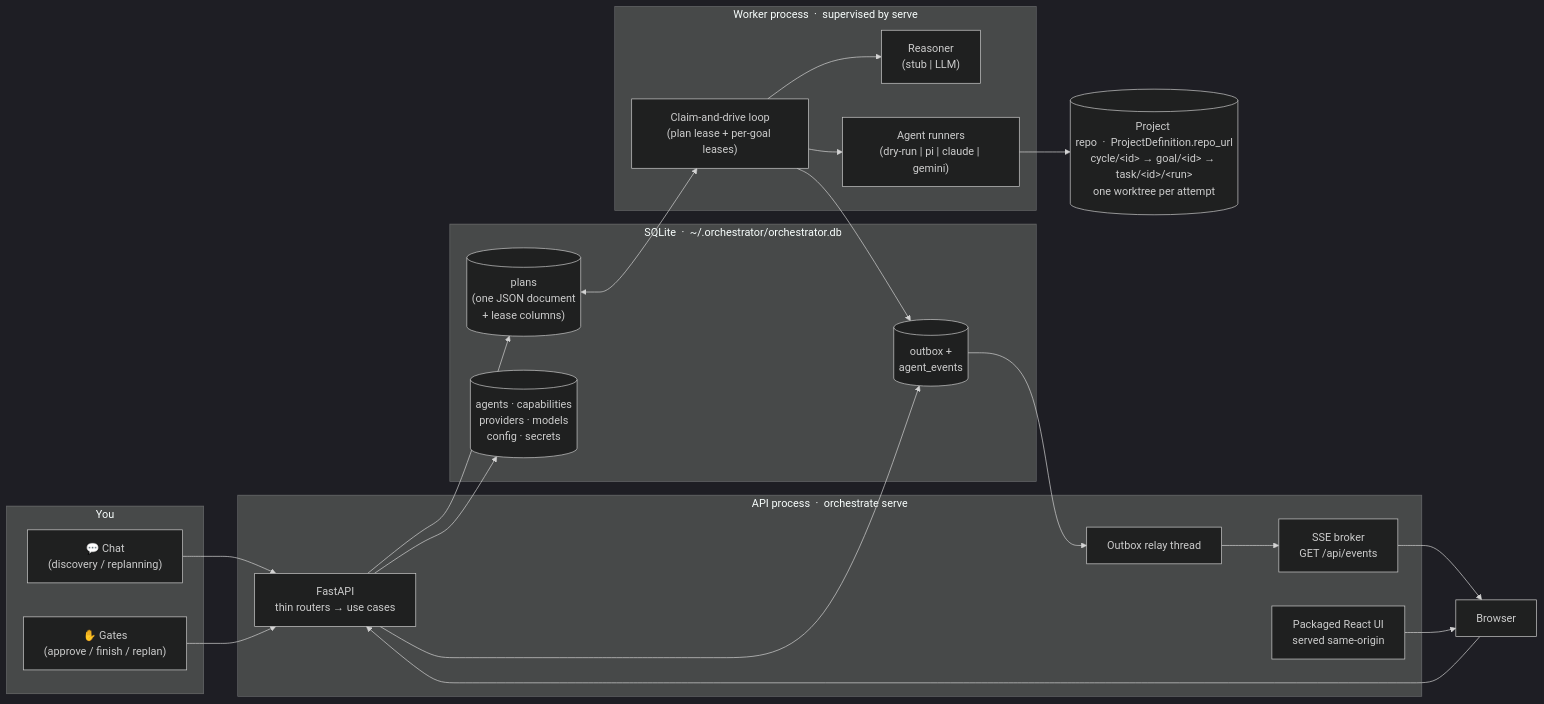
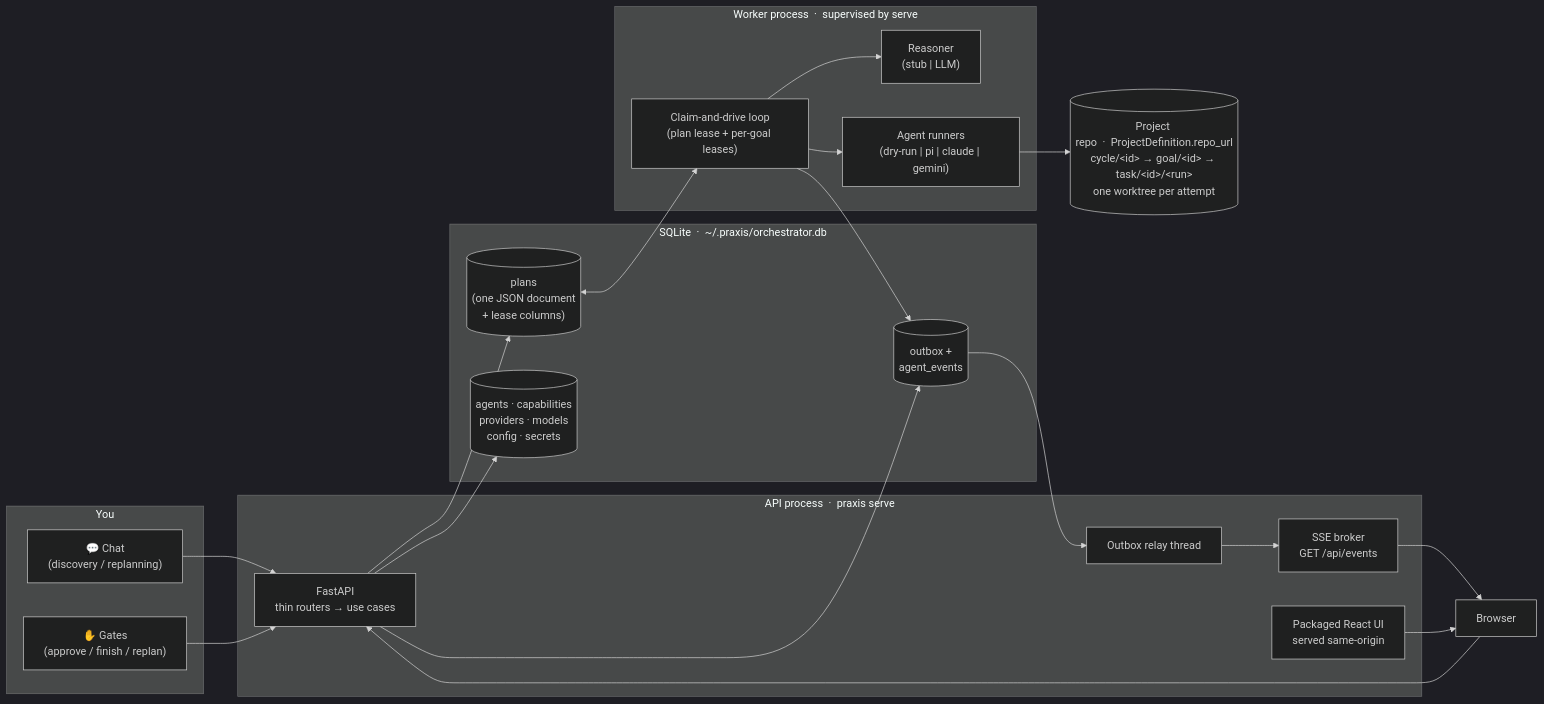
One commit to guilhermeUpToTask/agent-orchestrator-prototype changed the first of 2 diagrams in README.md. Above: the diagram before and after it, drawn with Mermaid (dark theme). The commit also changed other lines of this file and 730 other files, not shown here.

````diff
--- a/README.md
+++ b/README.md
@@ -21,43 +21,43 @@
 ```mermaid
 flowchart LR
     subgraph you["You"]
         chat["💬 Chat<br/>(discovery / replanning)"]
         gates["✋ Gates<br/>(approve / finish / replan)"]
     end
 
-    subgraph api["API process&nbsp;&nbsp;·&nbsp;&nbsp;orchestrate serve"]
+    subgraph api["API process&nbsp;&nbsp;·&nbsp;&nbsp;praxis serve"]
         rest["FastAPI<br/>thin routers → use cases"]
         relay["Outbox relay thread"]
         sse["SSE broker<br/>GET /api/events"]
         static["Packaged React UI<br/>served same-origin"]
     end
 
-    subgraph state["SQLite&nbsp;&nbsp;·&nbsp;&nbsp;~/.orchestrator/orchestrator.db"]
+    subgraph state["SQLite&nbsp;&nbsp;·&nbsp;&nbsp;~/.praxis/orchestrator.db"]
         plans[("plans<br/>(one JSON document<br/>+ lease columns)")]
         outbox[("outbox +<br/>agent_events")]
         catalog[("agents · capabilities<br/>providers · models<br/>config · secrets")]
     end
 
     subgraph worker["Worker process&nbsp;&nbsp;·&nbsp;&nbsp;supervised by serve"]
         loop["Claim-and-drive loop<br/>(plan lease + per-goal leases)"]
         reasoner["Reasoner<br/>(stub | LLM)"]
         runner["Agent runners<br/>(dry-run | pi | claude | gemini)"]
     end
 
     git[("Project repo&nbsp;&nbsp;·&nbsp;&nbsp;ProjectDefinition.repo_url<br/>cycle/&lt;id&gt; → goal/&lt;id&gt; → task/&lt;id&gt;/&lt;run&gt;<br/>one worktree per attempt")]
     ui["Browser"]
 
     chat --> rest
     gates --> rest
     rest --> plans
     rest --> catalog
     plans <--> loop
     loop --> reasoner
     loop --> runner
     runner --> git
     loop --> outbox
     rest --> outbox
     outbox --> relay --> sse --> ui
     static --> ui
     ui --> rest
 ```
````
